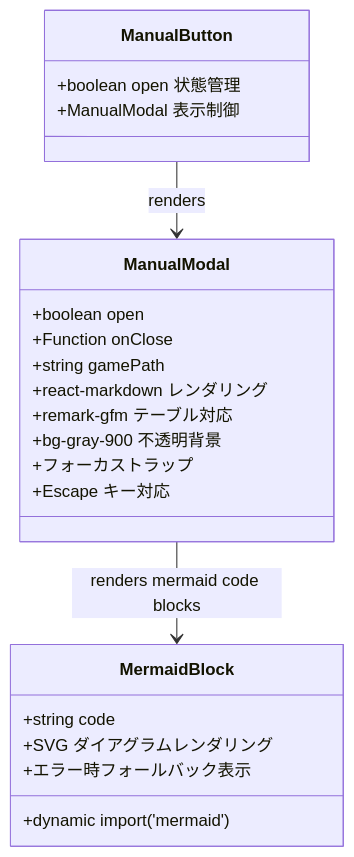
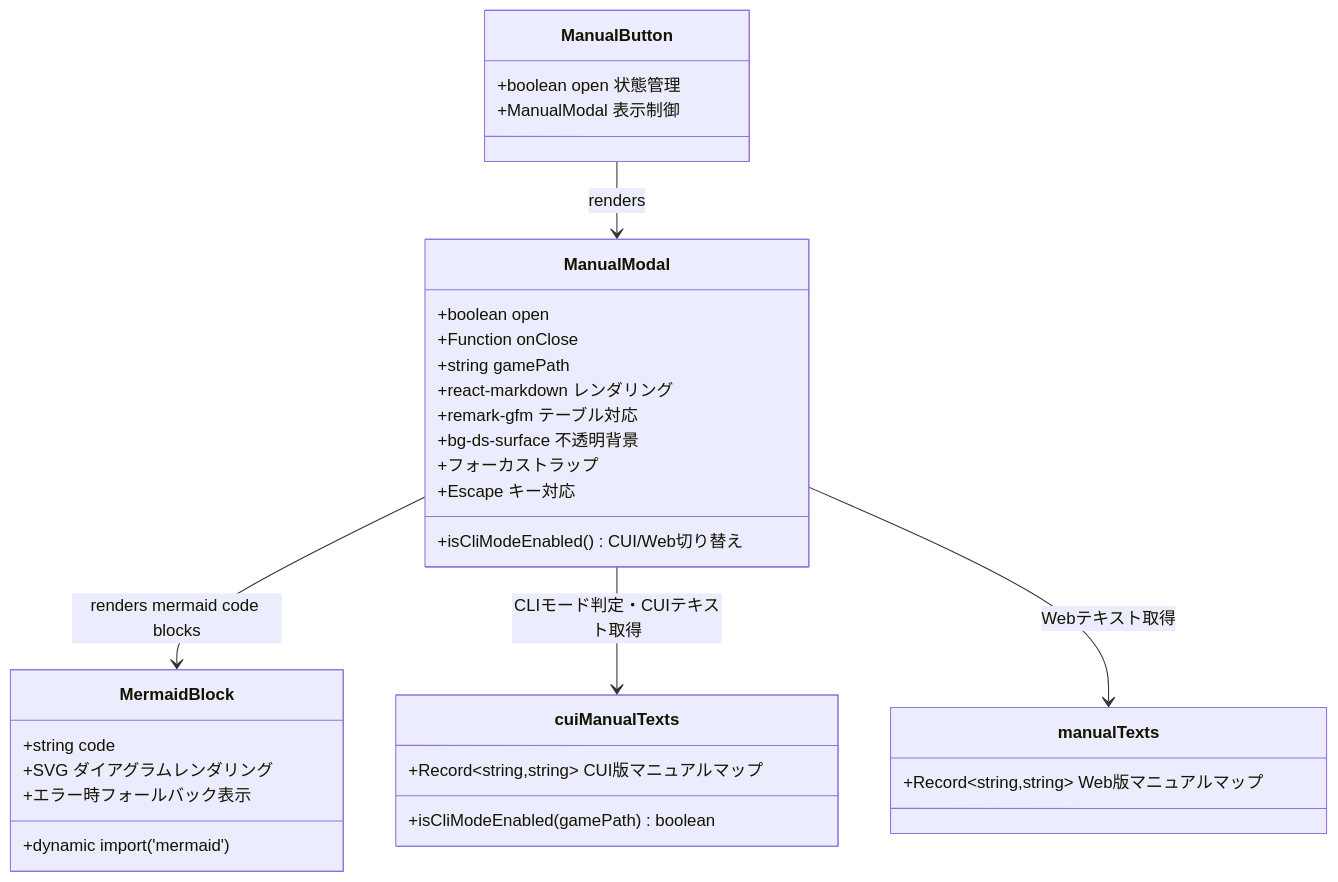
The seventh of 34 diagrams in docs/design/frontend.md (yuta-yoshinaga/go_trumpcards), drawn with Mermaid before and after one commit.

Commit message:
docs(design): update ManualModal UML to reflect CUI/web manual switching

````diff
--- a/docs/design/frontend.md
+++ b/docs/design/frontend.md
@@ -1312,28 +1312,40 @@
 ```mermaid
 classDiagram
     class ManualButton {
         +boolean open 状態管理
         +ManualModal 表示制御
     }
 
     class ManualModal {
         +boolean open
         +Function onClose
         +string gamePath
         +react-markdown レンダリング
         +remark-gfm テーブル対応
-        +bg-gray-900 不透明背景
+        +bg-ds-surface 不透明背景
         +フォーカストラップ
         +Escape キー対応
+        +isCliModeEnabled() CUI/Web切り替え
     }
 
     class MermaidBlock {
         +string code
         +dynamic import('mermaid')
         +SVG ダイアグラムレンダリング
         +エラー時フォールバック表示
     }
 
+    class cuiManualTexts {
+        +Record~string,string~ CUI版マニュアルマップ
+        +isCliModeEnabled(gamePath) boolean
+    }
+
+    class manualTexts {
+        +Record~string,string~ Web版マニュアルマップ
+    }
+
     ManualButton --> ManualModal : renders
     ManualModal --> MermaidBlock : renders mermaid code blocks
+    ManualModal --> cuiManualTexts : CLIモード判定・CUIテキスト取得
+    ManualModal --> manualTexts : Webテキスト取得
 ```
````
